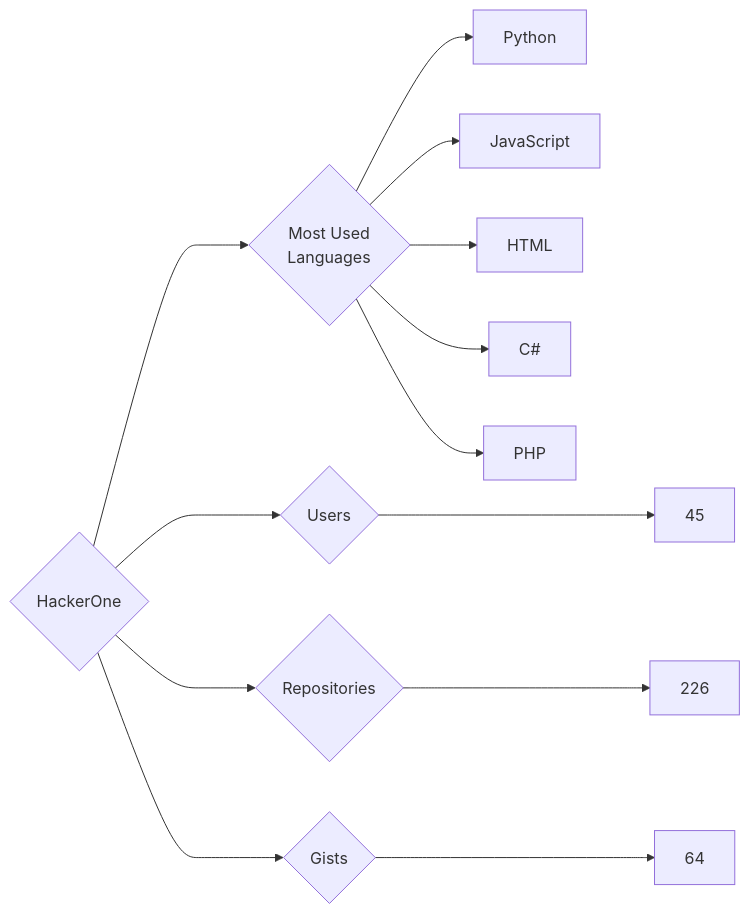
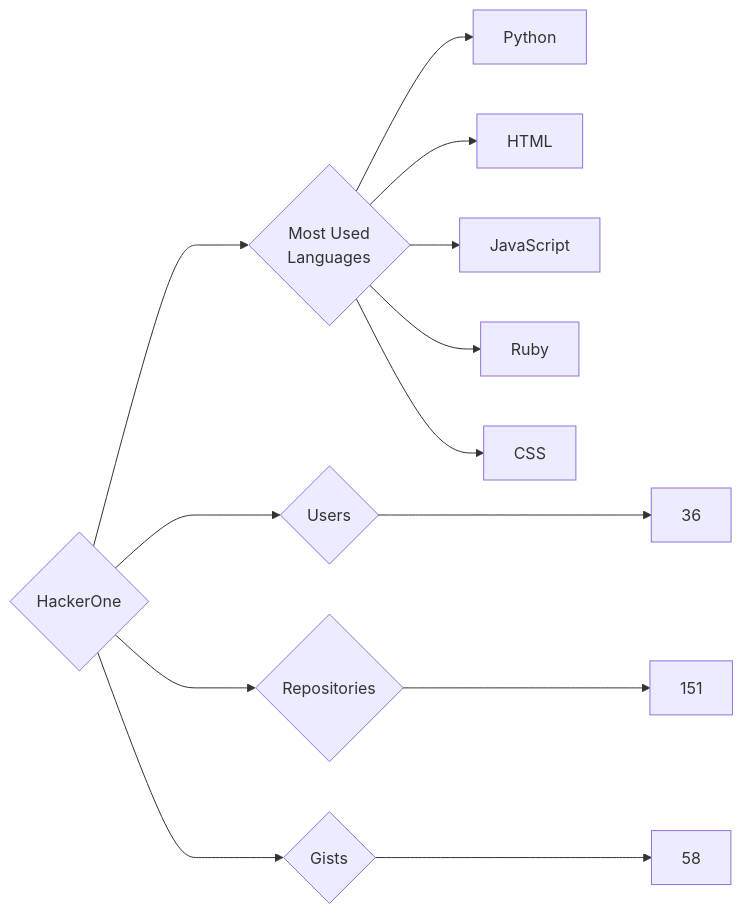
The diagram in targets/HackerOne/README.md (trickest/insiders), drawn with Mermaid before and after one commit. The commit also changed 823 other files, not shown here.

````diff
--- a/targets/HackerOne/README.md
+++ b/targets/HackerOne/README.md
@@ -3,13 +3,13 @@
 ```mermaid
 graph LR
 COMPANY_NAME{HackerOne}
-COMPANY_NAME ---> U{Users} ---> UN[45]
-COMPANY_NAME ---> R{Repositories} ---> RN[226]
-COMPANY_NAME ---> G{Gists} ---> GN[64]
+COMPANY_NAME ---> U{Users} ---> UN[36]
+COMPANY_NAME ---> R{Repositories} ---> RN[151]
+COMPANY_NAME ---> G{Gists} ---> GN[58]
 COMPANY_NAME ---> ML{Most Used<br>Languages}
 ML --> Python[Python]
+ML --> HTML[HTML]
 ML --> JavaScript[JavaScript]
-ML --> HTML[HTML]
-ML --> C#[C#]
-ML --> PHP[PHP]
+ML --> Ruby[Ruby]
+ML --> CSS[CSS]
 ```
````
